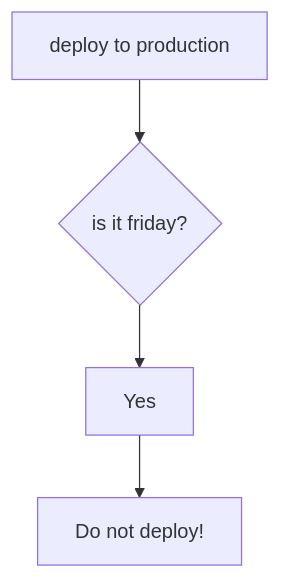
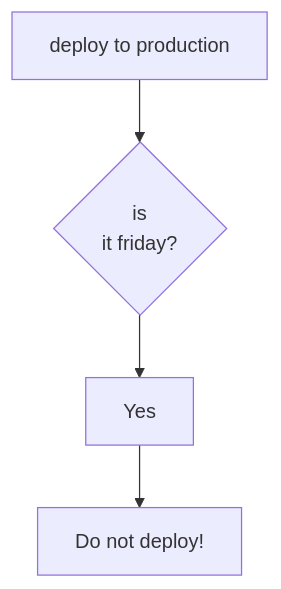
Before and after one commit to SouheilMaatoug/bouldering-highlights: the first of 2 diagrams in README.md, drawn with Mermaid. The commit also changed other lines of this file, not shown here.

Commit message:
test mermaid

````diff
--- a/README.md
+++ b/README.md
@@ -35,5 +35,5 @@
 ```mermaid
 flowchart TD
-    A[deploy to production] --> B{is it friday?};
+    A[deploy to production] --> B{is <br/>it friday?};
     B --> Yes --> C[Do not deploy!];
 ```
````
